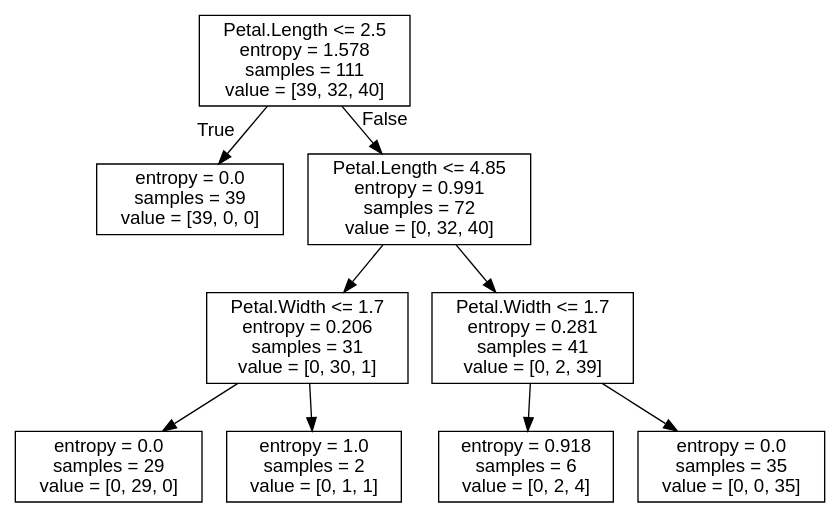
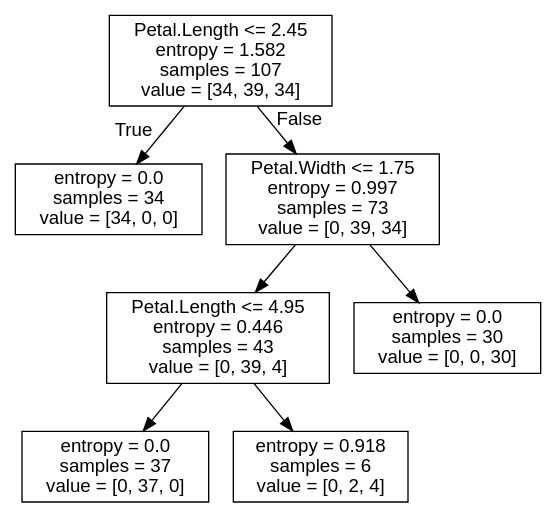
The diagram in notebooks/Part 7 - Arboles y Bosques Aleatorios/resources/iris_dtree.dot (jmudarra23/python-ml-course), drawn with Graphviz before and after one commit. The commit also changed 2 other files, not shown here.

```diff
--- a/notebooks/Part 7 - Arboles y Bosques Aleatorios/resources/iris_dtree.dot
+++ b/notebooks/Part 7 - Arboles y Bosques Aleatorios/resources/iris_dtree.dot
@@ -1,21 +1,17 @@
 digraph Tree {
 node [shape=box, fontname="helvetica"] ;
 edge [fontname="helvetica"] ;
-0 [label="Petal.Length <= 2.5\nentropy = 1.578\nsamples = 111\nvalue = [39, 32, 40]"] ;
-1 [label="entropy = 0.0\nsamples = 39\nvalue = [39, 0, 0]"] ;
+0 [label="Petal.Length <= 2.45\nentropy = 1.582\nsamples = 107\nvalue = [34, 39, 34]"] ;
+1 [label="entropy = 0.0\nsamples = 34\nvalue = [34, 0, 0]"] ;
 0 -> 1 [labeldistance=2.5, labelangle=45, headlabel="True"] ;
-2 [label="Petal.Length <= 4.85\nentropy = 0.991\nsamples = 72\nvalue = [0, 32, 40]"] ;
+2 [label="Petal.Width <= 1.75\nentropy = 0.997\nsamples = 73\nvalue = [0, 39, 34]"] ;
 0 -> 2 [labeldistance=2.5, labelangle=-45, headlabel="False"] ;
-3 [label="Petal.Width <= 1.7\nentropy = 0.206\nsamples = 31\nvalue = [0, 30, 1]"] ;
+3 [label="Petal.Length <= 4.95\nentropy = 0.446\nsamples = 43\nvalue = [0, 39, 4]"] ;
 2 -> 3 ;
-4 [label="entropy = 0.0\nsamples = 29\nvalue = [0, 29, 0]"] ;
+4 [label="entropy = 0.0\nsamples = 37\nvalue = [0, 37, 0]"] ;
 3 -> 4 ;
-5 [label="entropy = 1.0\nsamples = 2\nvalue = [0, 1, 1]"] ;
+5 [label="entropy = 0.918\nsamples = 6\nvalue = [0, 2, 4]"] ;
 3 -> 5 ;
-6 [label="Petal.Width <= 1.7\nentropy = 0.281\nsamples = 41\nvalue = [0, 2, 39]"] ;
+6 [label="entropy = 0.0\nsamples = 30\nvalue = [0, 0, 30]"] ;
 2 -> 6 ;
-7 [label="entropy = 0.918\nsamples = 6\nvalue = [0, 2, 4]"] ;
-6 -> 7 ;
-8 [label="entropy = 0.0\nsamples = 35\nvalue = [0, 0, 35]"] ;
-6 -> 8 ;
 }
```
